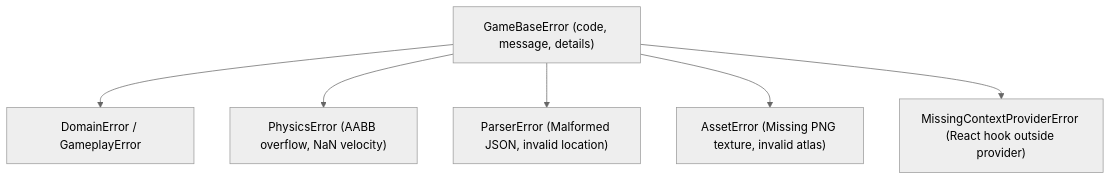
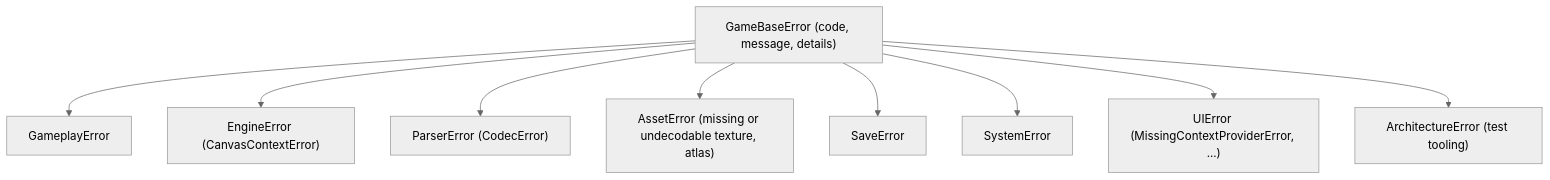
Before and after one commit to beoArcha/oXyFlow.VibrantCastle: the third of 3 diagrams in docs/manifesto/ENGINEERING.md, drawn with Mermaid (neutral theme). The commit also changed other lines of this file and 8 other files, not shown here.

````diff
--- a/docs/manifesto/ENGINEERING.md
+++ b/docs/manifesto/ENGINEERING.md
@@ -123,15 +149,21 @@
 ```mermaid
 graph TD
     Root["GameBaseError (code, message, details)"]
-    Domain["DomainError / GameplayError"]
-    Physics["PhysicsError (AABB overflow, NaN velocity)"]
-    Parser["ParserError (Malformed JSON, invalid location)"]
-    Asset["AssetError (Missing PNG texture, invalid atlas)"]
-    Context["MissingContextProviderError (React hook outside provider)"]
+    Gameplay["GameplayError"]
+    Engine["EngineError (CanvasContextError)"]
+    Parser["ParserError (CodecError)"]
+    Asset["AssetError (missing or undecodable texture, atlas)"]
+    Save["SaveError"]
+    System["SystemError"]
+    UI["UIError (MissingContextProviderError, ...)"]
+    Arch["ArchitectureError (test tooling)"]
 
-    Root --> Domain
-    Root --> Physics
+    Root --> Gameplay
+    Root --> Engine
     Root --> Parser
     Root --> Asset
-    Root --> Context
+    Root --> Save
+    Root --> System
+    Root --> UI
+    Root --> Arch
 ```
````
